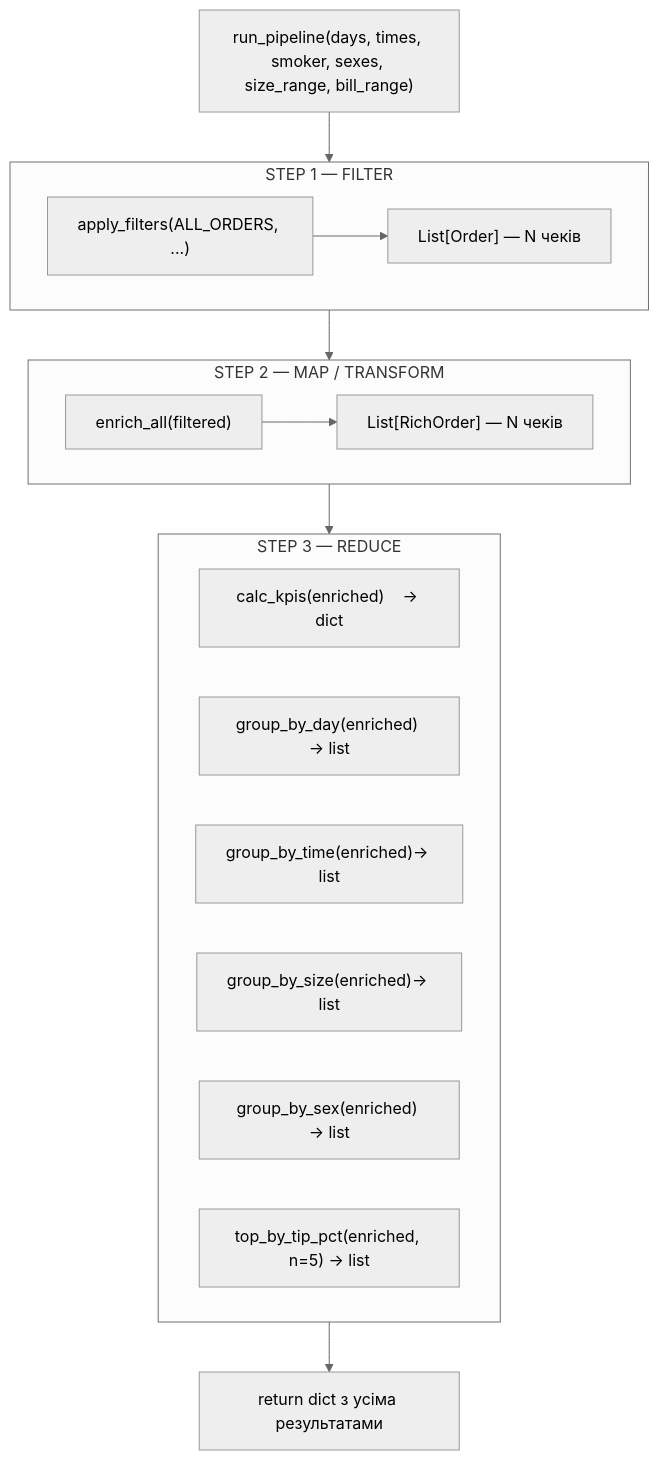
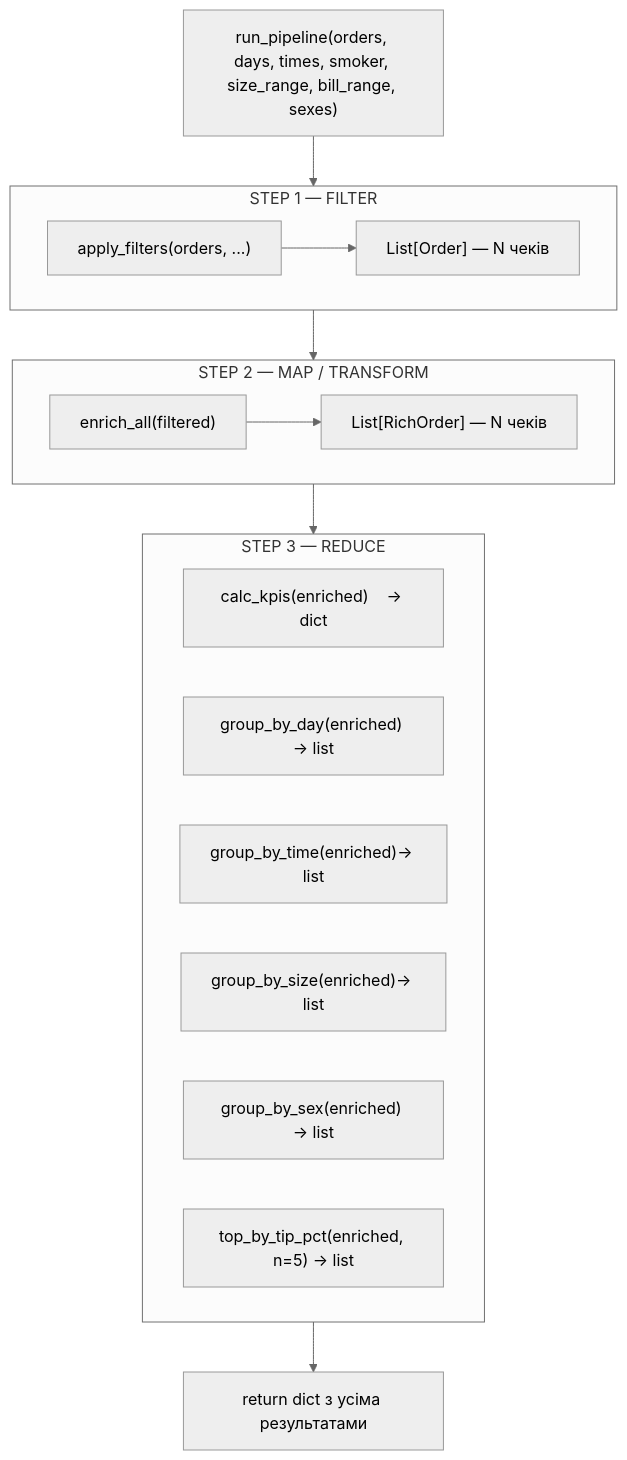
One commit to BohomolovR/PY-Course-Victor-Nikoriak-22-09-2026 changed diagram 13 of 16 in module_1/lessons/lesson_07_functions/restaurant_dashboard_alg.md. Above: the diagram before and after it, drawn with Mermaid (neutral theme). The commit also changed other lines of this file and 5 other files, not shown here.

````diff
--- a/module_1/lessons/lesson_07_functions/restaurant_dashboard_alg.md
+++ b/module_1/lessons/lesson_07_functions/restaurant_dashboard_alg.md
@@ -498,32 +504,32 @@
 ```mermaid
 flowchart TD
 
-START["run_pipeline(days, times, smoker, sexes, size_range, bill_range)"]
+START["run_pipeline(orders, days, times, smoker, size_range, bill_range, sexes)"]
 
 START --> S1
 
 subgraph S1["STEP 1 — FILTER"]
-  F1["apply_filters(ALL_ORDERS, ...)"]
+  F1["apply_filters(orders, ...)"]
   F1 --> F2["List[Order] — N чеків"]
 end
 
 S1 --> S2
 
 subgraph S2["STEP 2 — MAP / TRANSFORM"]
   T1["enrich_all(filtered)"]
   T1 --> T2["List[RichOrder] — N чеків"]
 end
 
 S2 --> S3
 
 subgraph S3["STEP 3 — REDUCE"]
   R1["calc_kpis(enriched)    → dict"]
   R2["group_by_day(enriched) → list"]
   R3["group_by_time(enriched)→ list"]
   R4["group_by_size(enriched)→ list"]
   R5["group_by_sex(enriched) → list"]
   R6["top_by_tip_pct(enriched, n=5) → list"]
 end
 
 S3 --> RESULT["return dict з усіма результатами"]
 ```
````
